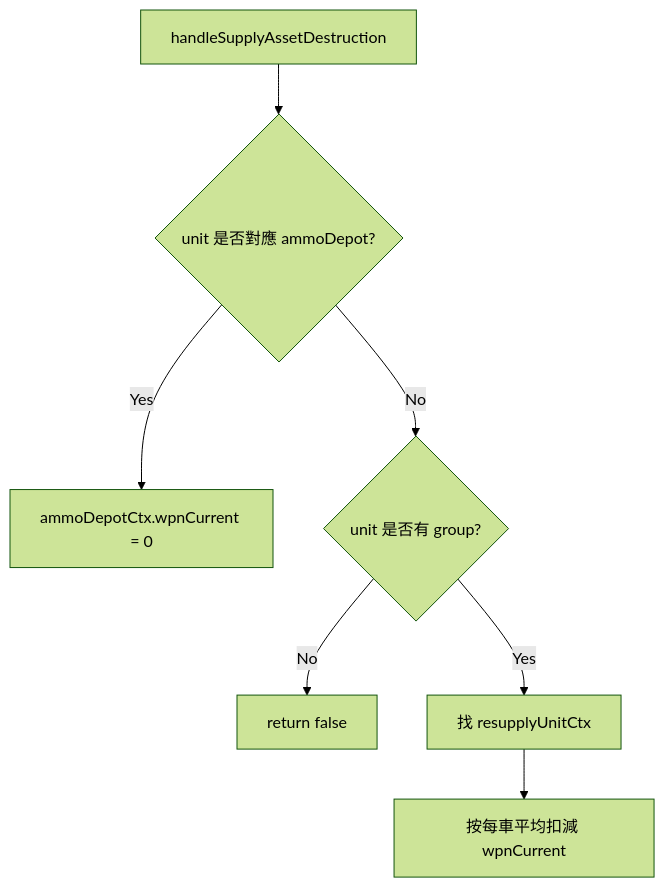
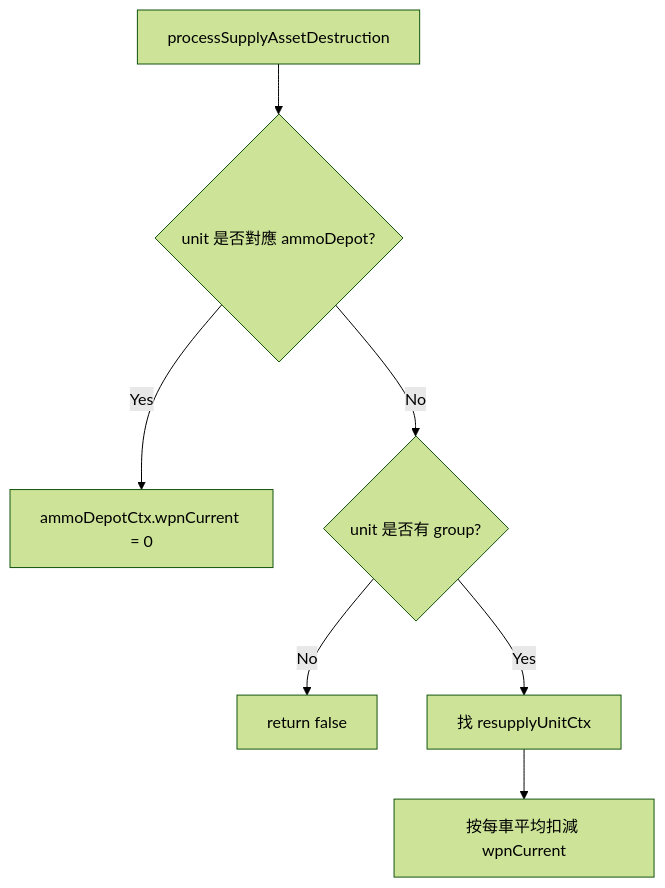
Before and after one commit to pullupjumper/formosa-in-flames: the diagram in docs/missileSystem/context.md, drawn with Mermaid (forest theme). The commit also changed other lines of this file and 93 other files, not shown here.

````diff
--- a/docs/missileSystem/context.md
+++ b/docs/missileSystem/context.md
@@ -24,9 +24,9 @@
 ```mermaid
 flowchart TD
-    A[handleSupplyAssetDestruction] --> B{unit 是否對應 ammoDepot?}
+    A[processSupplyAssetDestruction] --> B{unit 是否對應 ammoDepot?}
     B -->|Yes| C[ammoDepotCtx.wpnCurrent = 0]
     B -->|No| D{unit 是否有 group?}
     D -->|No| E[return false]
     D -->|Yes| F[找 resupplyUnitCtx]
     F --> G[按每車平均扣減 wpnCurrent]
 ```
````
